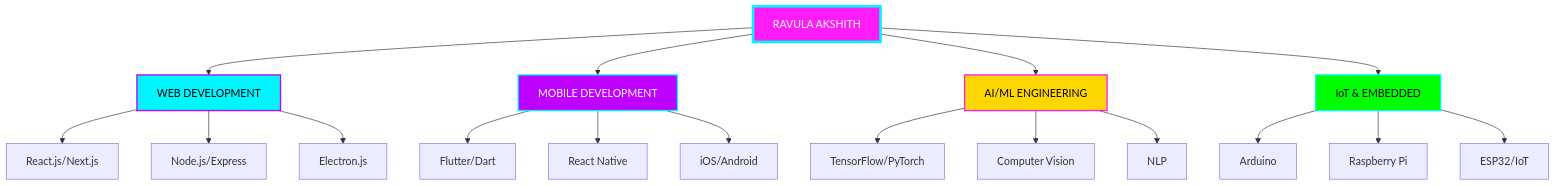
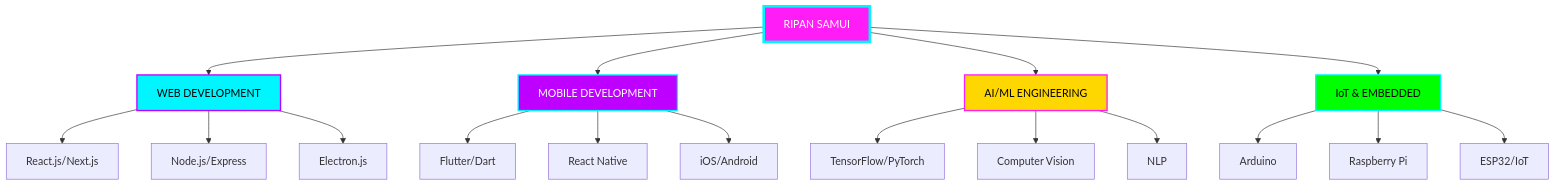
One commit to Ripansamui099/Ripansamui099 changed the diagram in README.md. Above: the diagram before and after it, drawn with Mermaid.

Commit message:
Update contributor name in README.md

````diff
--- a/README.md
+++ b/README.md
@@ -549,29 +549,29 @@
 ```mermaid
 graph TD
-    A[RAVULA AKSHITH] --> B[WEB DEVELOPMENT]
+    A[RIPAN SAMUI] --> B[WEB DEVELOPMENT]
     A --> C[MOBILE DEVELOPMENT]
     A --> D[AI/ML ENGINEERING]
     A --> E[IoT & EMBEDDED]
     
     B --> B1[React.js/Next.js]
     B --> B2[Node.js/Express]
     B --> B3[Electron.js]
     
     C --> C1[Flutter/Dart]
     C --> C2[React Native]
     C --> C3[iOS/Android]
     
     D --> D1[TensorFlow/PyTorch]
     D --> D2[Computer Vision]
     D --> D3[NLP]
     
     E --> E1[Arduino]
     E --> E2[Raspberry Pi]
     E --> E3[ESP32/IoT]
     
     style A fill:#FF1CF7,stroke:#00F5FF,stroke-width:4px,color:#fff
     style B fill:#00F5FF,stroke:#BD00FF,stroke-width:2px,color:#000
     style C fill:#BD00FF,stroke:#00F5FF,stroke-width:2px,color:#fff
     style D fill:#FFD700,stroke:#FF1CF7,stroke-width:2px,color:#000
     style E fill:#00FF00,stroke:#00F5FF,stroke-width:2px,color:#000
 ```
````
